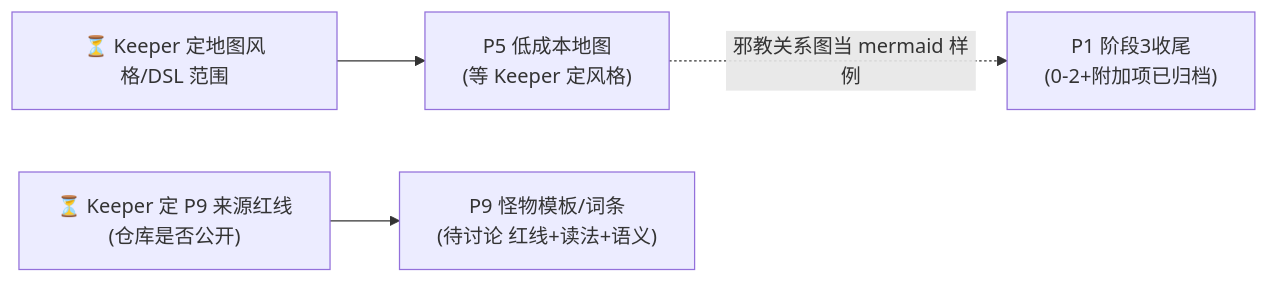
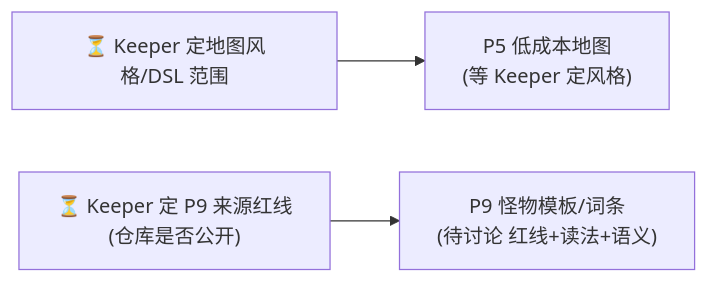
One commit to Mzihong/coc-keeper-kit changed the diagram in update_plan/README.md. Above: the diagram before and after it, drawn with Mermaid. The commit also changed other lines of this file and 16 other files, not shown here.

````diff
--- a/update_plan/README.md
+++ b/update_plan/README.md
@@ -26,12 +25,10 @@
 ```mermaid
 graph LR
     P5["P5 低成本地图<br/>(等 Keeper 定风格)"]
-    P1a["P1 阶段3收尾<br/>(0-2+附加项已归档)"]
     P9["P9 怪物模板/词条<br/>(待讨论 红线+读法+语义)"]
     KeeperMap["⏳ Keeper 定地图风格/DSL 范围"]
     KeeperRed["⏳ Keeper 定 P9 来源红线<br/>(仓库是否公开)"]
 
     KeeperMap --> P5
     KeeperRed --> P9
-    P5 -.邪教关系图当 mermaid 样例.-> P1a
 ```
````
